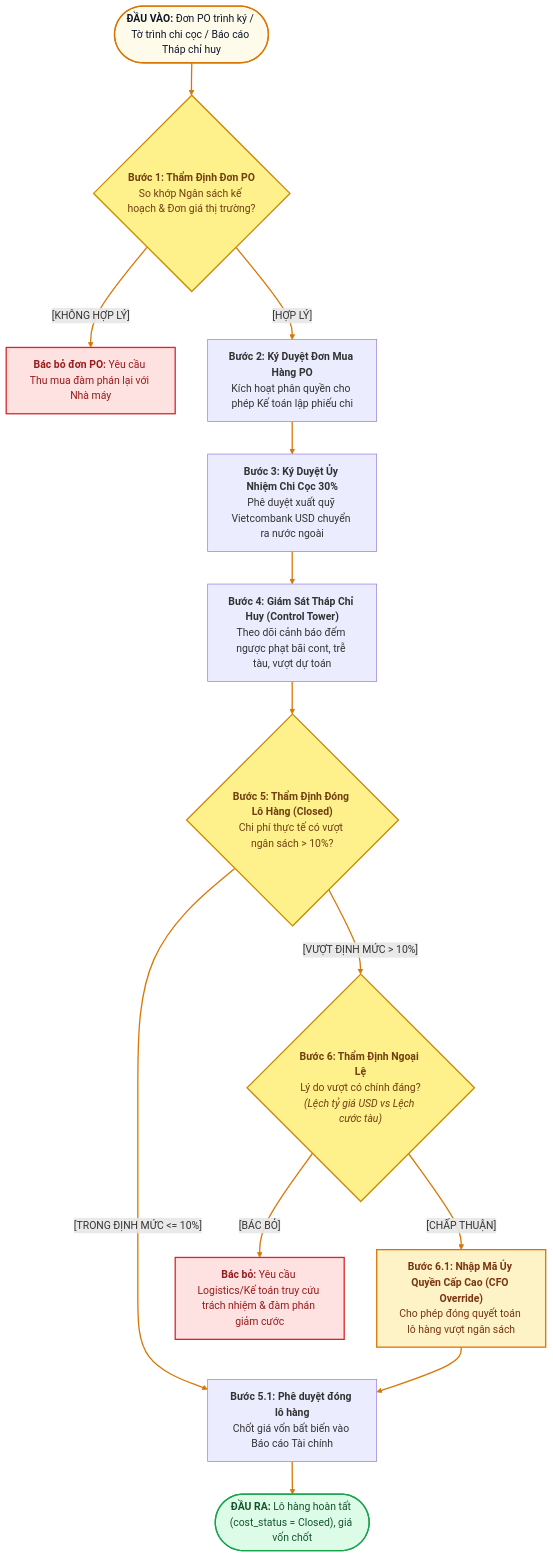
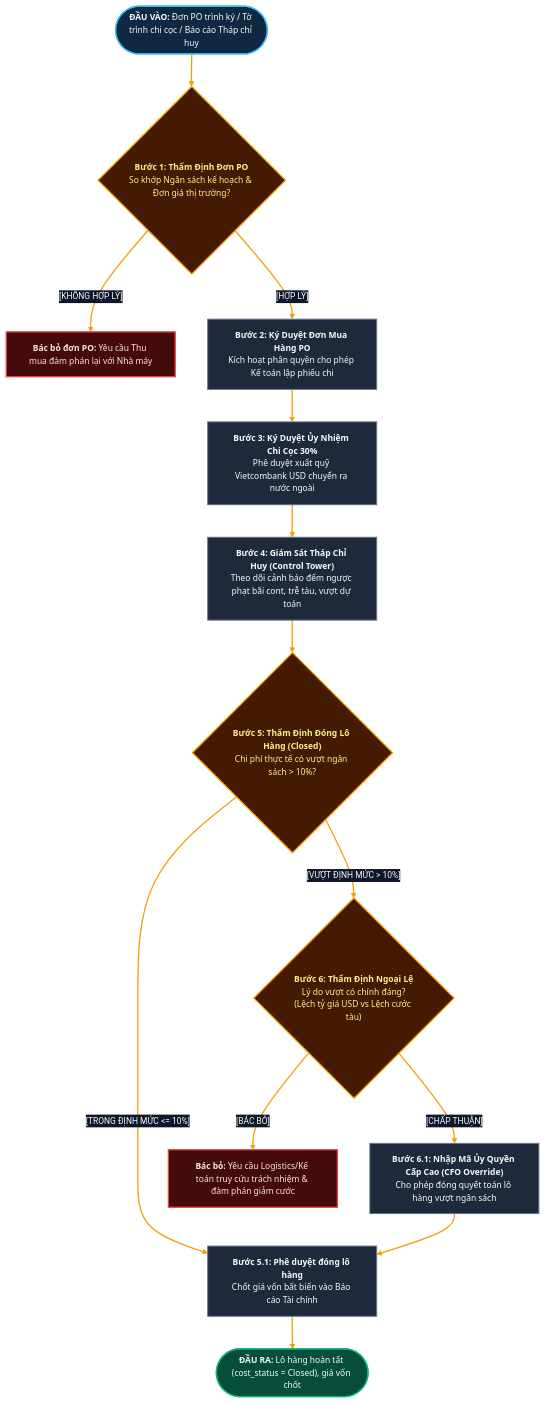
The third of 7 diagrams in LUONG_NGHIEP_VU_CAC_VAI_TRO_XUAT_NHAP_KHAU.md (capkimkhanh2k5/Logistics_ERPNext_RAG), drawn with Mermaid before and after one commit. The commit also changed other lines of this file, not shown here.

Commit message:
style: fix font-family css syntax to Segoe UI and standardize card styling across all diagrams

````diff
--- a/LUONG_NGHIEP_VU_CAC_VAI_TRO_XUAT_NHAP_KHAU.md
+++ b/LUONG_NGHIEP_VU_CAC_VAI_TRO_XUAT_NHAP_KHAU.md
@@ -114,45 +110,43 @@
 ```mermaid
 %%{init: {
   'theme': 'base',
   'themeVariables': {
-    'fontFamily': "'Inter', 'Segoe UI', -apple-system, Roboto, sans-serif",
+    'fontFamily': 'Segoe UI, Arial, sans-serif',
     'fontSize': '13px',
-    'primaryColor': '#FFFFFF',
-    'primaryTextColor': '#0F172A',
-    'primaryBorderColor': '#D97706',
-    'lineColor': '#D97706',
-    'edgeLabelBackground':'#FFFFFF'
+    'primaryColor': '#1E293B',
+    'primaryTextColor': '#F8FAFC',
+    'primaryBorderColor': '#F59E0B',
+    'lineColor': '#F59E0B',
+    'edgeLabelBackground': '#0F172A'
   }
 }}%%
 flowchart TD
-    C_IN(["<b>ĐẦU VÀO:</b> Đơn PO trình ký / Tờ trình chi cọc / Báo cáo Tháp chỉ huy"]) --> C1
-    C1{"<b>Bước 1: Thẩm Định Đơn PO</b><br>So khớp Ngân sách kế hoạch & Đơn giá thị trường?"}
+    classDef default fill:#1E293B,stroke:#64748B,stroke-width:1.5px,color:#F8FAFC,font-family:Segoe UI,Arial,sans-serif;
+    classDef decision fill:#451A03,stroke:#F59E0B,stroke-width:2px,color:#FEF08A,font-family:Segoe UI,Arial,sans-serif;
+    classDef input fill:#0F2942,stroke:#38BDF8,stroke-width:2px,color:#F8FAFC,font-family:Segoe UI,Arial,sans-serif;
+    classDef error fill:#450A0A,stroke:#EF4444,stroke-width:2px,color:#FEE2E2,font-family:Segoe UI,Arial,sans-serif;
+    classDef success fill:#064E3B,stroke:#10B981,stroke-width:2px,color:#ECFDF5,font-family:Segoe UI,Arial,sans-serif;
+
+    C_IN(["<b>ĐẦU VÀO:</b> Đơn PO trình ký / Tờ trình chi cọc / Báo cáo Tháp chỉ huy"]):::input --> C1
+    C1{"<b>Bước 1: Thẩm Định Đơn PO</b><br>So khớp Ngân sách kế hoạch & Đơn giá thị trường?"}:::decision
     
-    C1 -- "[KHÔNG HỢP LÝ]" --> C_REJ_PO["<b>Bác bỏ đơn PO:</b> Yêu cầu Thu mua đàm phán lại với Nhà máy"]
+    C1 -- "[KHÔNG HỢP LÝ]" --> C_REJ_PO["<b>Bác bỏ đơn PO:</b> Yêu cầu Thu mua đàm phán lại với Nhà máy"]:::error
     C1 -- "[HỢP LÝ]" --> C2["<b>Bước 2: Ký Duyệt Đơn Mua Hàng PO</b><br>Kích hoạt phân quyền cho phép Kế toán lập phiếu chi"] --> C3
     
     C3["<b>Bước 3: Ký Duyệt Ủy Nhiệm Chi Cọc 30%</b><br>Phê duyệt xuất quỹ Vietcombank USD chuyển ra nước ngoài"] --> C4
     
     C4["<b>Bước 4: Giám Sát Tháp Chỉ Huy (Control Tower)</b><br>Theo dõi cảnh báo đếm ngược phạt bãi cont, trễ tàu, vượt dự toán"] --> C5
     
-    C5{"<b>Bước 5: Thẩm Định Đóng Lô Hàng (Closed)</b><br>Chi phí thực tế có vượt ngân sách > 10%?"}
+    C5{"<b>Bước 5: Thẩm Định Đóng Lô Hàng (Closed)</b><br>Chi phí thực tế có vượt ngân sách > 10%?"}:::decision
     
     C5 -- "[TRONG ĐỊNH MỨC <= 10%]" --> C_OK["<b>Bước 5.1: Phê duyệt đóng lô hàng</b><br>Chốt giá vốn bất biến vào Báo cáo Tài chính"]
     
-    C5 -- "[VƯỢT ĐỊNH MỨC > 10%]" --> C6{"<b>Bước 6: Thẩm Định Ngoại Lệ</b><br>Lý do vượt có chính đáng?<br><i>(Lệch tỷ giá USD vs Lệch cước tàu)</i>"}
+    C5 -- "[VƯỢT ĐỊNH MỨC > 10%]" --> C6{"<b>Bước 6: Thẩm Định Ngoại Lệ</b><br>Lý do vượt có chính đáng?<br>(Lệch tỷ giá USD vs Lệch cước tàu)"}:::decision
     
-    C6 -- "[BÁC BỎ]" --> C_REJ_COST["<b>Bác bỏ:</b> Yêu cầu Logistics/Kế toán truy cứu trách nhiệm & đàm phán giảm cước"]
+    C6 -- "[BÁC BỎ]" --> C_REJ_COST["<b>Bác bỏ:</b> Yêu cầu Logistics/Kế toán truy cứu trách nhiệm & đàm phán giảm cước"]:::error
     C6 -- "[CHẤP THUẬN]" --> C_AUTH["<b>Bước 6.1: Nhập Mã Ủy Quyền Cấp Cao (CFO Override)</b><br>Cho phép đóng quyết toán lô hàng vượt ngân sách"] --> C_OK
     
-    C_OK --> C_OUT(["<b>ĐẦU RA:</b> Lô hàng hoàn tất (cost_status = Closed), giá vốn chốt"])
+    C_OK --> C_OUT(["<b>ĐẦU RA:</b> Lô hàng hoàn tất (cost_status = Closed), giá vốn chốt"]):::success
 
-    style C_IN fill:#FFFBEB,stroke:#D97706,stroke-width:2px,color:#0F172A
-    style C1 fill:#FEF08A,stroke:#CA8A04,stroke-width:2px,color:#713F12
-    style C5 fill:#FEF08A,stroke:#CA8A04,stroke-width:2px,color:#713F12
-    style C6 fill:#FEF08A,stroke:#CA8A04,stroke-width:2px,color:#713F12
-    style C_REJ_PO fill:#FEE2E2,stroke:#DC2626,stroke-width:2px,color:#991B1B
-    style C_REJ_COST fill:#FEE2E2,stroke:#DC2626,stroke-width:2px,color:#991B1B
-    style C_AUTH fill:#FEF3C7,stroke:#D97706,stroke-width:2px,color:#78350F
-    style C_OUT fill:#DCFCE7,stroke:#16A34A,stroke-width:2px,color:#14532D
-    linkStyle default stroke:#D97706,stroke-width:2px;
+    linkStyle default stroke:#F59E0B,stroke-width:2px;
 ```
````
